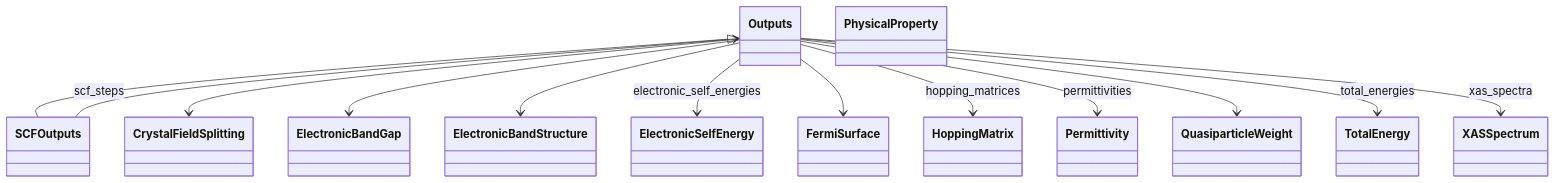
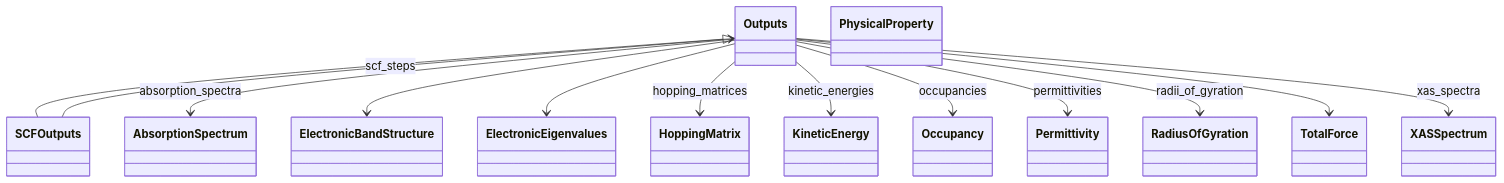
The second of 2 diagrams in docs/schema/outputs.diagram.md (FAIRmat-NFDI/nomad-simulations), drawn with Mermaid before and after one commit. The commit also changed 8 other files, not shown here.

````diff
--- a/docs/schema/outputs.diagram.md
+++ b/docs/schema/outputs.diagram.md
@@ -68,41 +68,41 @@
 ```mermaid
 classDiagram
-    class CrystalFieldSplitting {
-    }
-    class ElectronicBandGap {
+    class AbsorptionSpectrum {
     }
     class ElectronicBandStructure {
     }
-    class ElectronicSelfEnergy {
-    }
-    class FermiSurface {
+    class ElectronicEigenvalues {
     }
     class HoppingMatrix {
+    }
+    class KineticEnergy {
+    }
+    class Occupancy {
     }
     class Outputs {
     }
     class Permittivity {
     }
     class PhysicalProperty {
     }
-    class QuasiparticleWeight {
+    class RadiusOfGyration {
     }
     class SCFOutputs {
     }
-    class TotalEnergy {
+    class TotalForce {
     }
     class XASSpectrum {
     }
     Outputs <|-- SCFOutputs
-    Outputs --> CrystalFieldSplitting
-    Outputs --> ElectronicBandGap
+    Outputs --> AbsorptionSpectrum : absorption_spectra
     Outputs --> ElectronicBandStructure
-    Outputs --> ElectronicSelfEnergy : electronic_self_energies
-    Outputs --> FermiSurface
+    Outputs --> ElectronicEigenvalues
     Outputs --> HoppingMatrix : hopping_matrices
+    Outputs --> KineticEnergy : kinetic_energies
+    Outputs --> Occupancy : occupancies
     Outputs --> Permittivity : permittivities
-    Outputs --> QuasiparticleWeight
-    Outputs --> TotalEnergy : total_energies
+    Outputs --> RadiusOfGyration : radii_of_gyration
+    Outputs --> TotalForce
     Outputs --> XASSpectrum : xas_spectra
     SCFOutputs --> Outputs : scf_steps
 ```
````
